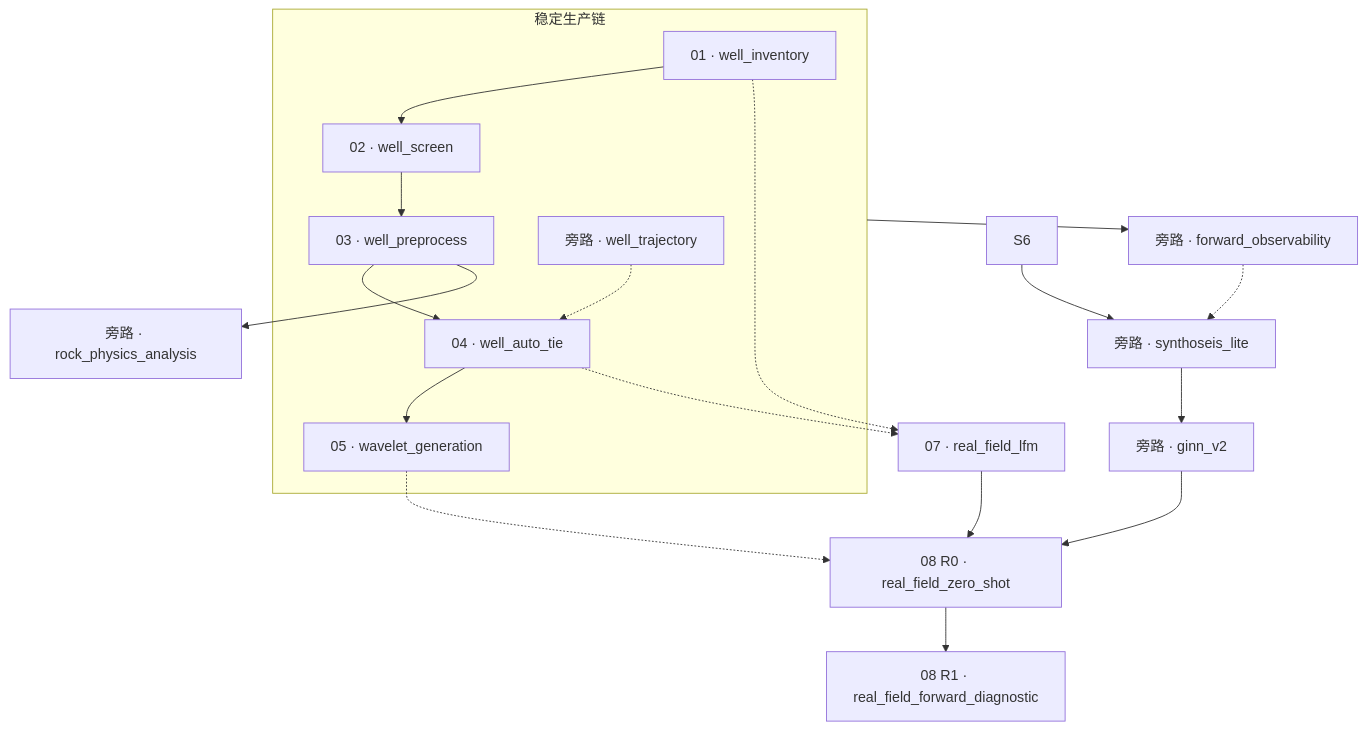
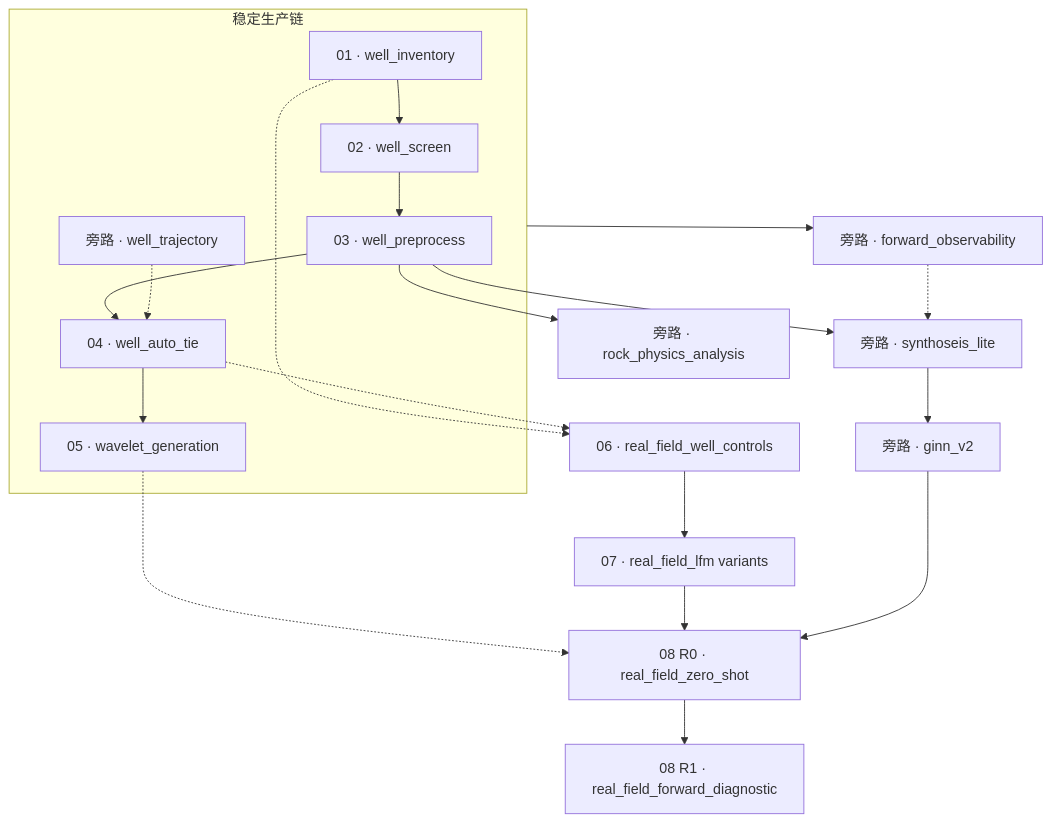
One commit to oimero/inversion_workflow changed the diagram in docs/index.md. Above: the diagram before and after it, drawn with Mermaid. The commit also changed other lines of this file and 34 other files, not shown here.

````diff
--- a/docs/index.md
+++ b/docs/index.md
@@ -3,23 +3,24 @@
 ```mermaid
 flowchart TB
     subgraph prod["稳定生产链"]
         S1["01 · well_inventory"] --> S2["02 · well_screen"] --> S3["03 · well_preprocess"] --> S4["04 · well_auto_tie"] --> S5["05 · wavelet_generation"]
         WT["旁路 · well_trajectory"] -.-> S4
     end
 
     prod --> FO["旁路 · forward_observability"]
     S3 --> RP["旁路 · rock_physics_analysis"]
 
-    S1 -.-> S7["07 · real_field_lfm"]
-    S4 -.-> S7
+    S1 -.-> S6["06 · real_field_well_controls"]
+    S4 -.-> S6
+    S6 --> S7["07 · real_field_lfm variants"]
 
-    S6 --> SL["旁路 · synthoseis_lite"]
+    S3 --> SL["旁路 · synthoseis_lite"]
     FO -.-> SL
     SL --> GV["旁路 · ginn_v2"]
 
     S5 -.-> R0["08 R0 · real_field_zero_shot"]
     S7 --> R0
     GV --> R0
 
     R0 --> R1["08 R1 · real_field_forward_diagnostic"]
 ```
````
